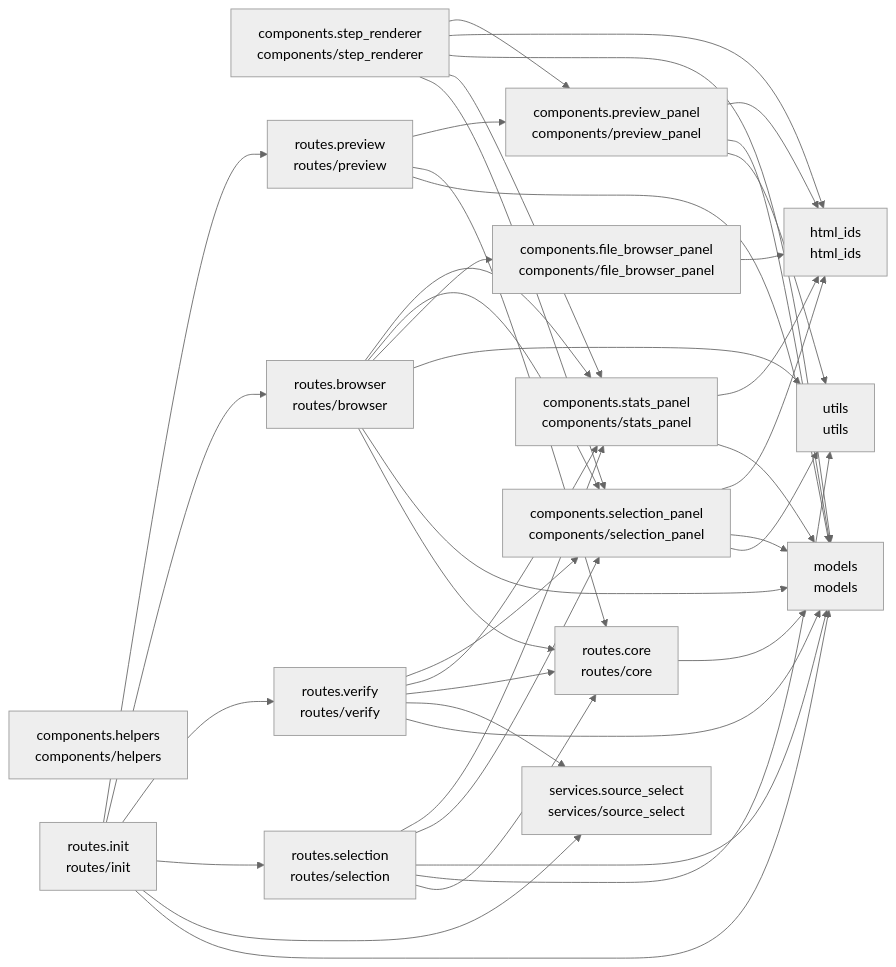
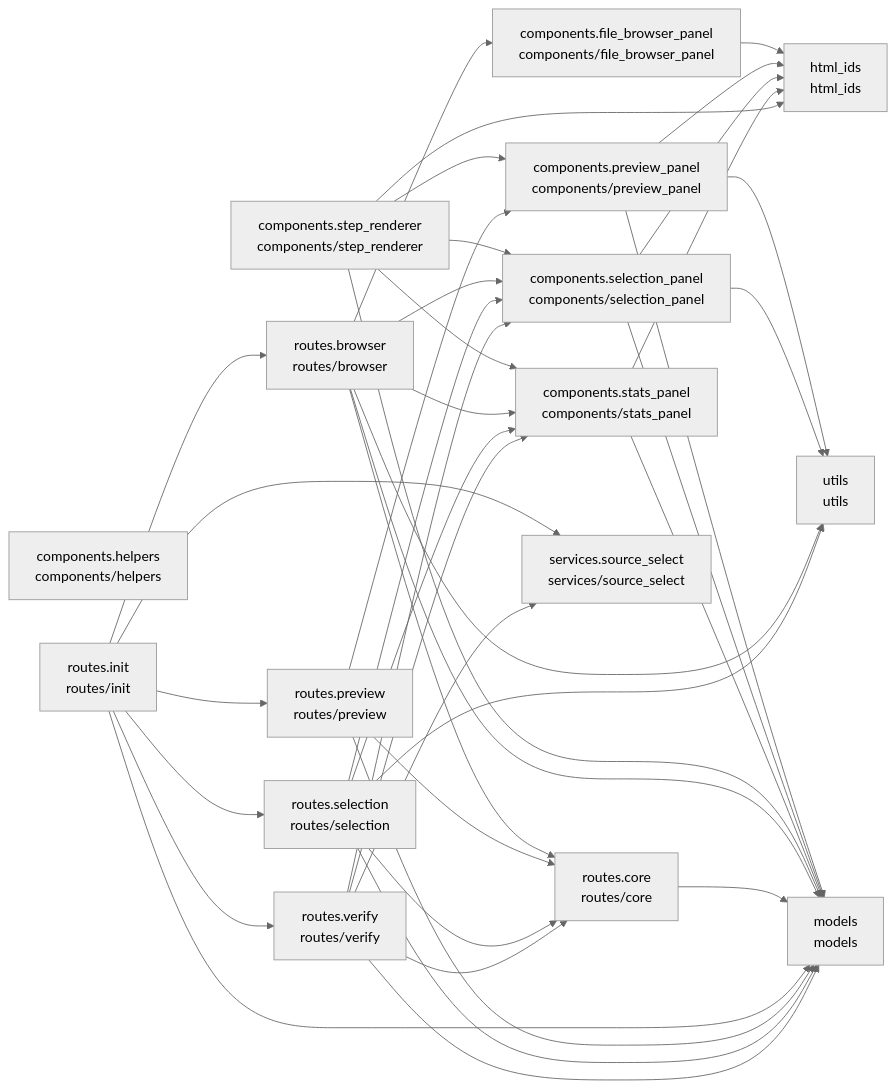
Before and after one commit to cj-mills/cjm-transcription-source-select: the diagram in README.md, drawn with Mermaid (neutral theme). The commit also changed other lines of this file and 7 other files, not shown here.

````diff
--- a/README.md
+++ b/README.md
@@ -39,60 +39,60 @@
 ``` mermaid
 graph LR
     components_file_browser_panel[components.file_browser_panel<br/>components/file_browser_panel]
     components_helpers[components.helpers<br/>components/helpers]
     components_preview_panel[components.preview_panel<br/>components/preview_panel]
     components_selection_panel[components.selection_panel<br/>components/selection_panel]
     components_stats_panel[components.stats_panel<br/>components/stats_panel]
     components_step_renderer[components.step_renderer<br/>components/step_renderer]
     html_ids[html_ids<br/>html_ids]
     models[models<br/>models]
     routes_browser[routes.browser<br/>routes/browser]
     routes_core[routes.core<br/>routes/core]
     routes_init[routes.init<br/>routes/init]
     routes_preview[routes.preview<br/>routes/preview]
     routes_selection[routes.selection<br/>routes/selection]
     routes_verify[routes.verify<br/>routes/verify]
     services_source_select[services.source_select<br/>services/source_select]
     utils[utils<br/>utils]
 
     components_file_browser_panel --> html_ids
+    components_preview_panel --> html_ids
     components_preview_panel --> utils
     components_preview_panel --> models
-    components_preview_panel --> html_ids
+    components_selection_panel --> html_ids
+    components_selection_panel --> models
     components_selection_panel --> utils
-    components_selection_panel --> models
-    components_selection_panel --> html_ids
+    components_stats_panel --> html_ids
     components_stats_panel --> models
-    components_stats_panel --> html_ids
+    components_step_renderer --> html_ids
     components_step_renderer --> components_selection_panel
+    components_step_renderer --> models
     components_step_renderer --> components_stats_panel
-    components_step_renderer --> models
-    components_step_renderer --> html_ids
     components_step_renderer --> components_preview_panel
+    routes_browser --> utils
+    routes_browser --> models
+    routes_browser --> components_file_browser_panel
     routes_browser --> routes_core
-    routes_browser --> models
-    routes_browser --> utils
-    routes_browser --> components_file_browser_panel
+    routes_browser --> components_stats_panel
     routes_browser --> components_selection_panel
-    routes_browser --> components_stats_panel
     routes_core --> models
+    routes_init --> routes_verify
     routes_init --> models
+    routes_init --> routes_browser
+    routes_init --> routes_selection
     routes_init --> services_source_select
-    routes_init --> routes_selection
-    routes_init --> routes_verify
-    routes_init --> routes_browser
     routes_init --> routes_preview
     routes_preview --> models
+    routes_preview --> components_preview_panel
     routes_preview --> routes_core
-    routes_preview --> components_preview_panel
-    routes_selection --> routes_core
     routes_selection --> utils
     routes_selection --> models
+    routes_selection --> routes_core
+    routes_selection --> components_stats_panel
     routes_selection --> components_selection_panel
-    routes_selection --> components_stats_panel
+    routes_verify --> routes_core
     routes_verify --> models
+    routes_verify --> components_stats_panel
     routes_verify --> services_source_select
-    routes_verify --> routes_core
-    routes_verify --> components_stats_panel
     routes_verify --> components_selection_panel
 ```
````
